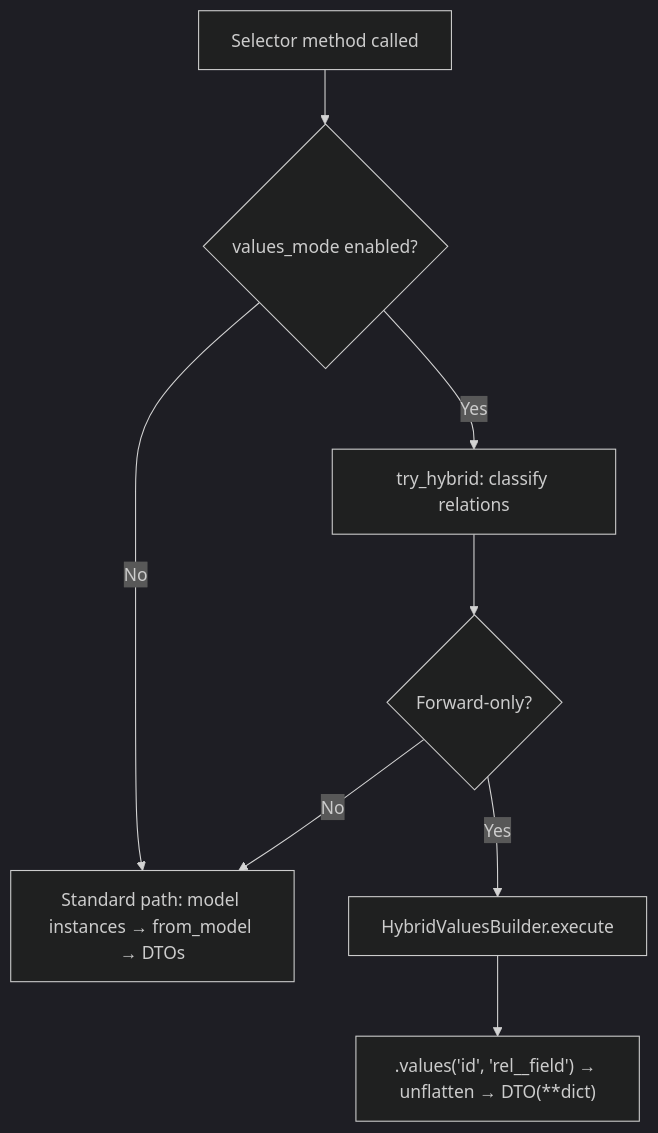
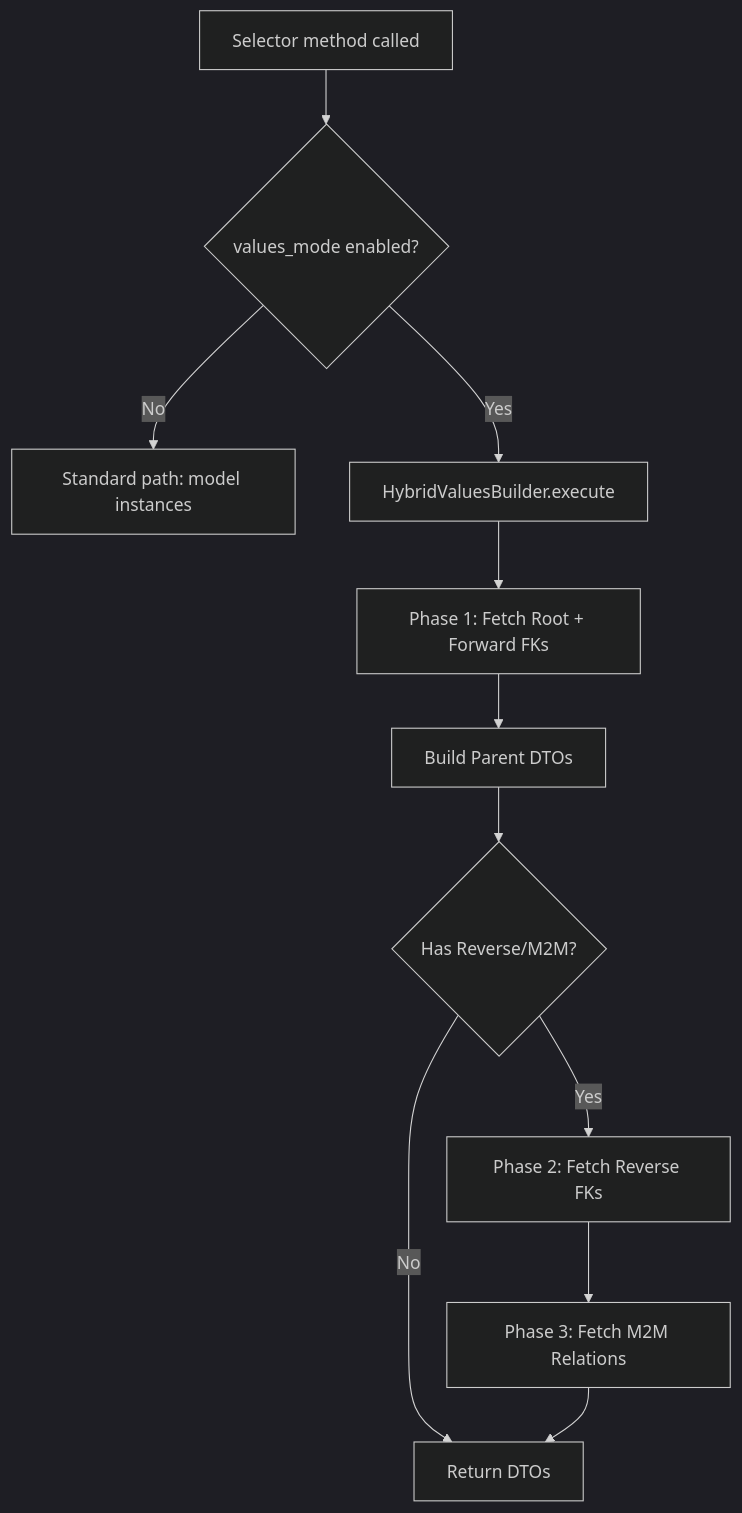
Before and after one commit to alexandre-fundcraft/fc-selector: the diagram in docs/HYBRID_VALUES_EXPAND.md, drawn with Mermaid (dark theme). The commit also changed other lines of this file and 10 other files, not shown here.

First line of the commit message:
feat(hybrid): add reverse FK and M2M expand support to HybridValuesBuilder

````diff
--- a/docs/HYBRID_VALUES_EXPAND.md
+++ b/docs/HYBRID_VALUES_EXPAND.md
@@ -38,10 +49,13 @@
 ```mermaid
 graph TD
     A[Selector method called] --> B{values_mode enabled?}
-    B -->|No| F[Standard path: model instances → from_model → DTOs]
-    B -->|Yes| C[try_hybrid: classify relations]
-    C --> D{Forward-only?}
-    D -->|No| F
-    D -->|Yes| E[HybridValuesBuilder.execute]
-    E --> G[".values('id', 'rel__field') → unflatten → DTO(**dict)"]
+    B -->|No| F[Standard path: model instances]
+    B -->|Yes| C[HybridValuesBuilder.execute]
+    C --> D[Phase 1: Fetch Root + Forward FKs]
+    D --> E[Build Parent DTOs]
+    E --> G{Has Reverse/M2M?}
+    G -->|No| H[Return DTOs]
+    G -->|Yes| I[Phase 2: Fetch Reverse FKs]
+    I --> J[Phase 3: Fetch M2M Relations]
+    J --> H
 ```
````
